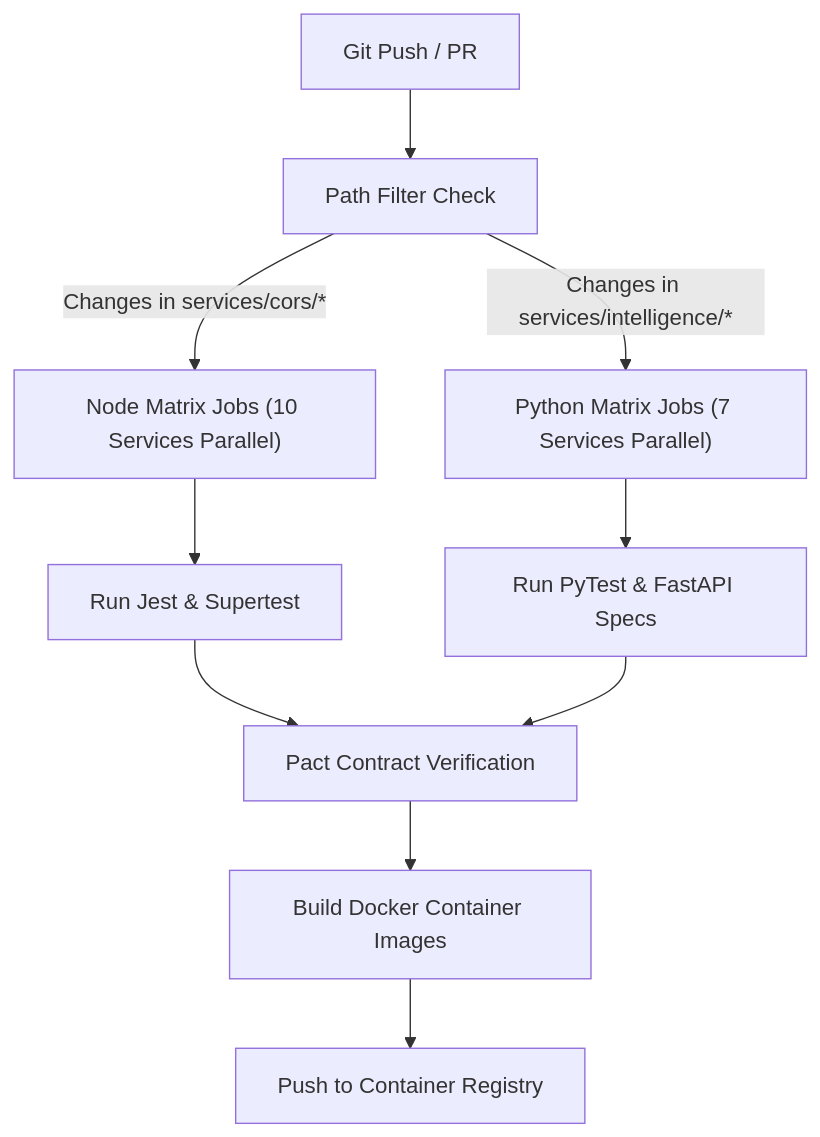
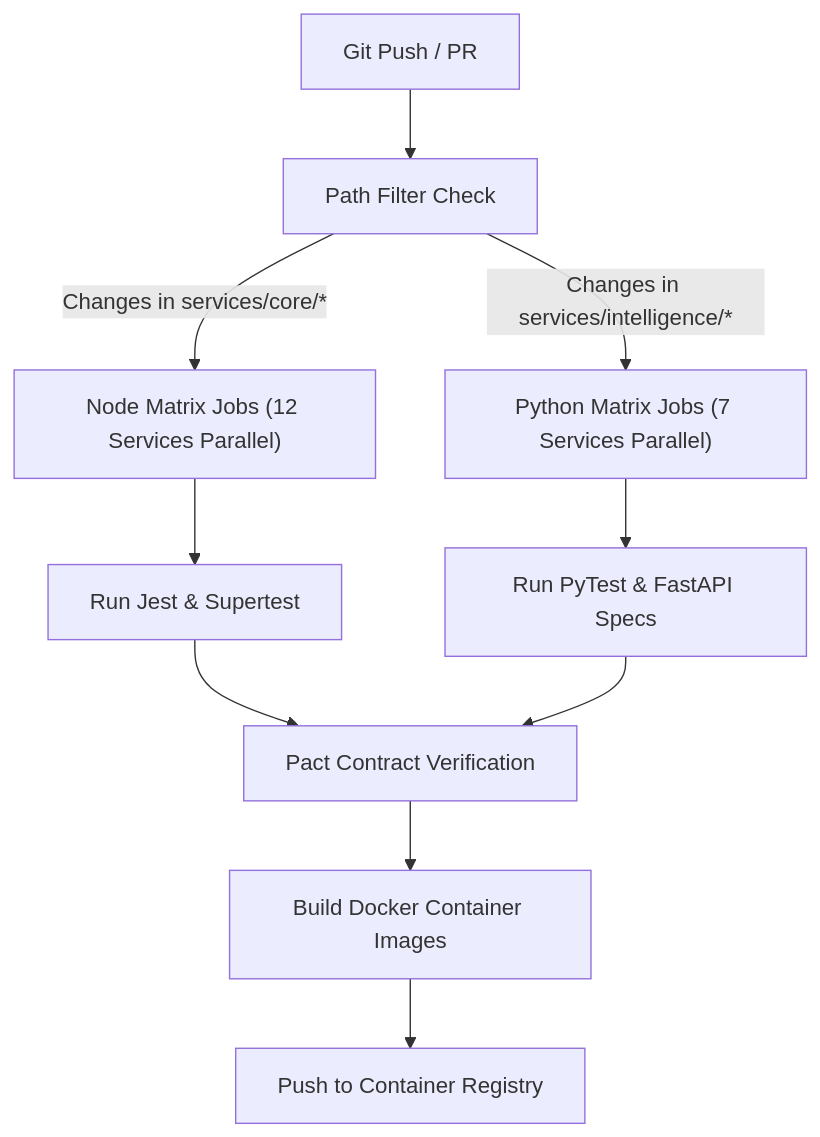
One commit to Himanshu0523/Enterprise-AI-Commerce-Intelligence-Platform-v2 changed the diagram in docs/testing-and-cicd.md. Above: the diagram before and after it, drawn with Mermaid. The commit also changed other lines of this file and 13 other files, not shown here.

````diff
--- a/docs/testing-and-cicd.md
+++ b/docs/testing-and-cicd.md
@@ -52,16 +52,16 @@
 ```mermaid
 flowchart TD
     Push[Git Push / PR] --> Filter[Path Filter Check]
     
-    Filter -->|Changes in services/cors/*| NodeMatrix["Node Matrix Jobs (10 Services Parallel)"]
+    Filter -->|Changes in services/core/*| NodeMatrix["Node Matrix Jobs (12 Services Parallel)"]
     Filter -->|Changes in services/intelligence/*| PyMatrix["Python Matrix Jobs (7 Services Parallel)"]
     
     NodeMatrix --> TestNode[Run Jest & Supertest]
     PyMatrix --> TestPy[Run PyTest & FastAPI Specs]
     
     TestNode --> ContractCheck[Pact Contract Verification]
     TestPy --> ContractCheck
     
     ContractCheck --> DockerBuild[Build Docker Container Images]
     DockerBuild --> GHCR[Push to Container Registry]
 ```
````
